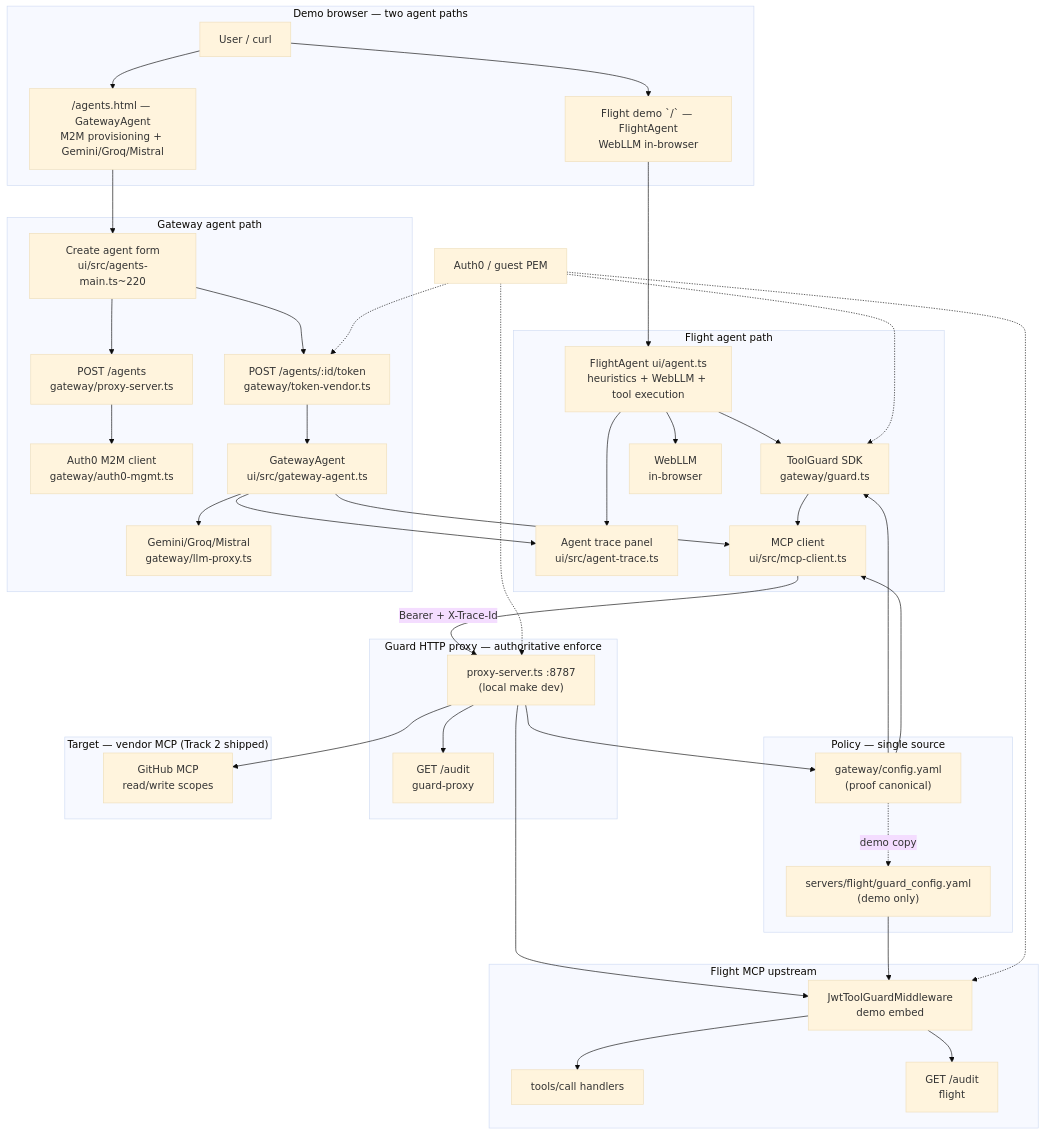
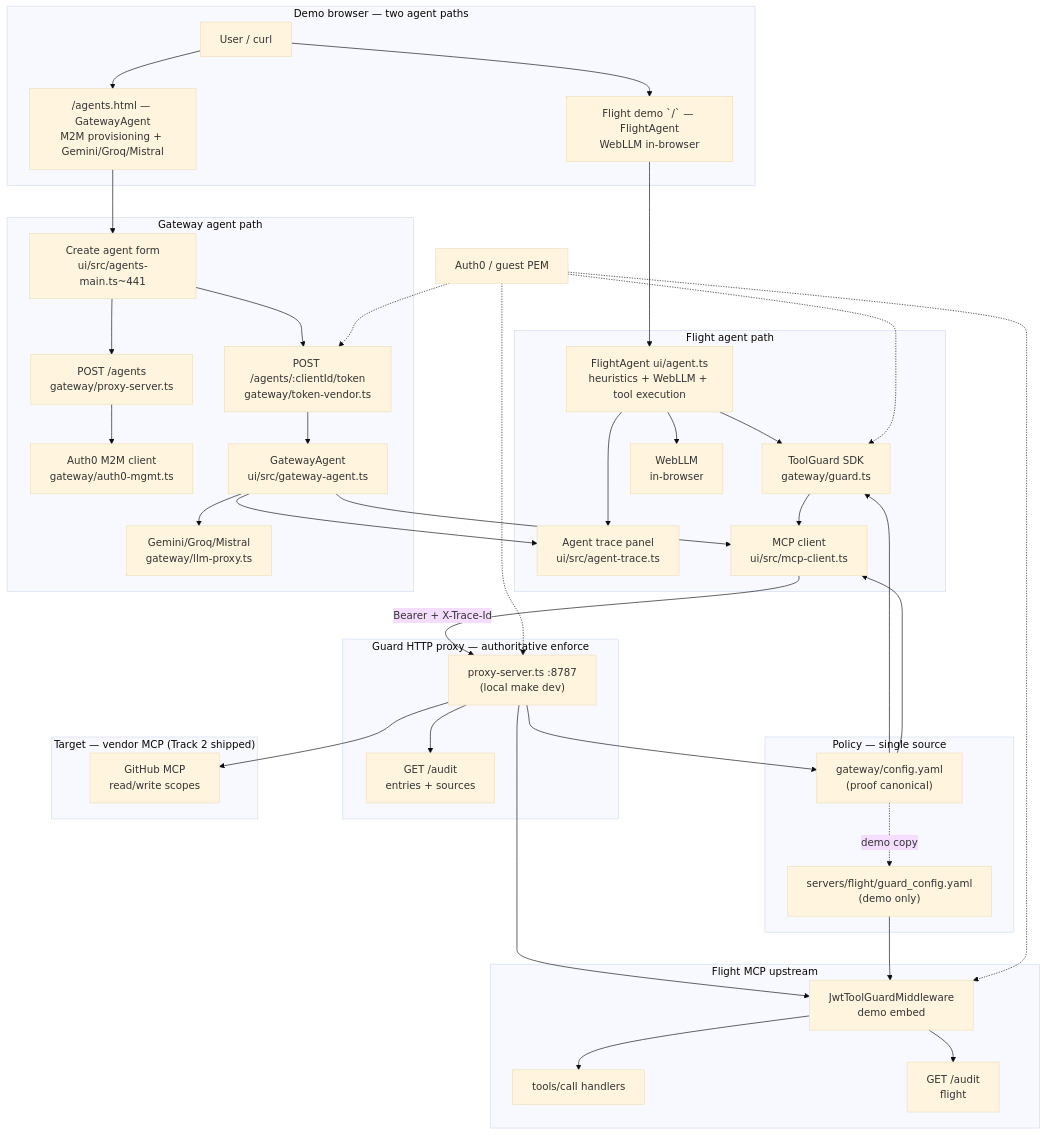
One commit to peterkrentel/mcp-tool-guard changed the first of 4 diagrams in docs/ARCHITECTURE.md. Above: the diagram before and after it, drawn with Mermaid (base theme). The commit also changed other lines of this file and 7 other files, not shown here.

First line of the commit message:
Align docs with 0.4 proxy audit API and routes.

````diff
--- a/docs/ARCHITECTURE.md
+++ b/docs/ARCHITECTURE.md
@@ -11,74 +11,74 @@
 ```mermaid
 flowchart TB
   subgraph demo ["Demo browser — two agent paths"]
     User[User / curl]
     FlightDemo["Flight demo `/` — FlightAgent<br/>WebLLM in-browser"]
     AgentGateway["/agents.html — GatewayAgent<br/>M2M provisioning + Gemini/Groq/Mistral"]
     User --> FlightDemo
     User --> AgentGateway
   end
 
   subgraph flight_path ["Flight agent path"]
     FlightAgent["FlightAgent ui/agent.ts<br/>heuristics + WebLLM + tool execution"]
     TG["ToolGuard SDK<br/>gateway/guard.ts"]
     Trace["Agent trace panel<br/>ui/src/agent-trace.ts"]
     MCPc["MCP client<br/>ui/src/mcp-client.ts"]
     FlightDemo --> FlightAgent
     FlightAgent --> WebLLM["WebLLM<br/>in-browser"]
     FlightAgent --> Trace
     FlightAgent --> TG
     TG --> MCPc
   end
 
   subgraph gateway_path ["Gateway agent path"]
-    GatewayUI["Create agent form<br/>ui/src/agents-main.ts~220"]
+    GatewayUI["Create agent form<br/>ui/src/agents-main.ts~441"]
     CreateAgent["POST /agents<br/>gateway/proxy-server.ts"]
-    VendToken["POST /agents/:id/token<br/>gateway/token-vendor.ts"]
+    VendToken["POST /agents/:clientId/token<br/>gateway/token-vendor.ts"]
     Auth0Client["Auth0 M2M client<br/>gateway/auth0-mgmt.ts"]
     GatewayAgent["GatewayAgent<br/>ui/src/gateway-agent.ts"]
     Gemini["Gemini/Groq/Mistral<br/>gateway/llm-proxy.ts"]
     AgentGateway --> GatewayUI
     GatewayUI --> CreateAgent
     CreateAgent --> Auth0Client
     GatewayUI --> VendToken
     VendToken --> GatewayAgent
     GatewayAgent --> Trace
     GatewayAgent --> Gemini
     GatewayAgent --> MCPc
   end
 
   subgraph policy ["Policy — single source"]
     YAML["gateway/config.yaml<br/>(proof canonical)"]
     YAML --> TG
     YAML --> MCPc
     YAML -.->|demo copy| FlightYaml["servers/flight/guard_config.yaml<br/>(demo only)"]
   end
 
   subgraph proxy ["Guard HTTP proxy — authoritative enforce"]
     Proxy["proxy-server.ts :8787<br/>(local make dev)"]
-    ProxyAudit["GET /audit<br/>guard-proxy"]
+    ProxyAudit["GET /audit<br/>entries + sources"]
     MCPc -->|Bearer + X-Trace-Id| Proxy
     Proxy --> YAML
     Proxy --> ProxyAudit
   end
 
   subgraph flight ["Flight MCP upstream"]
     MW["JwtToolGuardMiddleware<br/>demo embed"]
     Tools["tools/call handlers"]
     FlightAudit["GET /audit<br/>flight"]
     Proxy --> MW
     MW --> Tools
     MW --> FlightAudit
     FlightYaml --> MW
   end
 
   subgraph vendor ["Target — vendor MCP (Track 2 shipped)"]
     GitHub["GitHub MCP<br/>read/write scopes"]
     Proxy --> GitHub
   end
 
   IdP["Auth0 / guest PEM"] -.-> TG
   IdP -.-> VendToken
   IdP -.-> Proxy
   IdP -.-> MW
 ```
````
